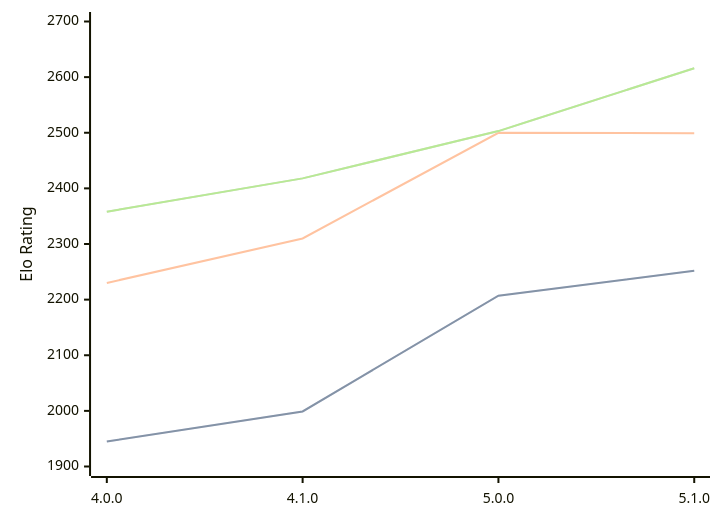
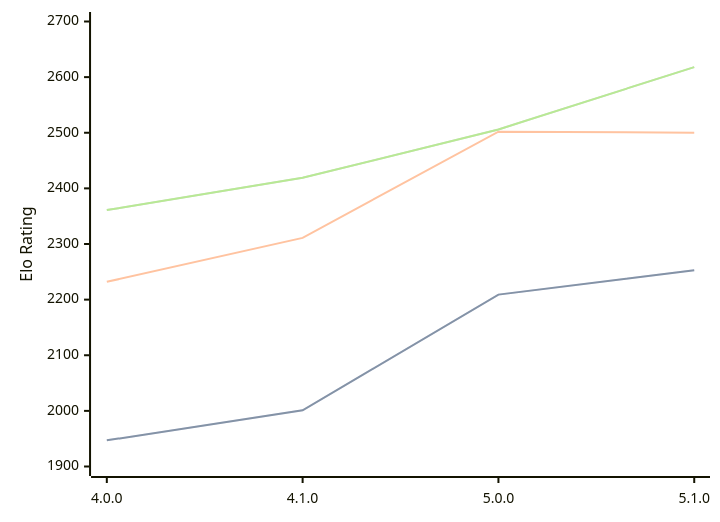
Before and after one commit to computer-chess-index/cci: the diagram in engines/Aconcagua.md, drawn with Mermaid. The commit also changed other lines of this file, not shown here.

Commit message:
Update CCI Ratings (ELO VLTC) - 2026-05-16

````diff
--- a/engines/Aconcagua.md
+++ b/engines/Aconcagua.md
@@ -43,11 +43,11 @@
 ```mermaid
 %%{init: {"theme":"base","themeVariables":{"seriesColors:['#a3a3a3','#222221','#faa371']}}}%%
 xychart-beta
   x-axis ["4.0.0", "4.1.0", "5.0.0", "5.1.0"]
   y-axis "Elo Rating" 1900 --> 2700
-  line "STC (8.0+0.08s)" [1945, 1999, 2207, 2252]
-  line "STC (8.0+0.08s)" [1945, 1999, 2207, 2252]
-  line "LTC (60.0+0.60s)" [2230, 2310, 2500, 2499]
-  line "VLTC (2m24s+1.12s)" [2358, 2418, 2503, 2616]
-  line "VLTC (2m24s+1.12s)" [2358, 2418, 2503, 2616]
+  line "STC (8.0+0.08s)" [1947, 2001, 2209, 2253]
+  line "STC (8.0+0.08s)" [1947, 2001, 2209, 2253]
+  line "LTC (60.0+0.60s)" [2232, 2311, 2502, 2500]
+  line "VLTC (2m24s+1.12s)" [2361, 2419, 2506, 2618]
+  line "VLTC (2m24s+1.12s)" [2361, 2419, 2506, 2618]
 ```
````
